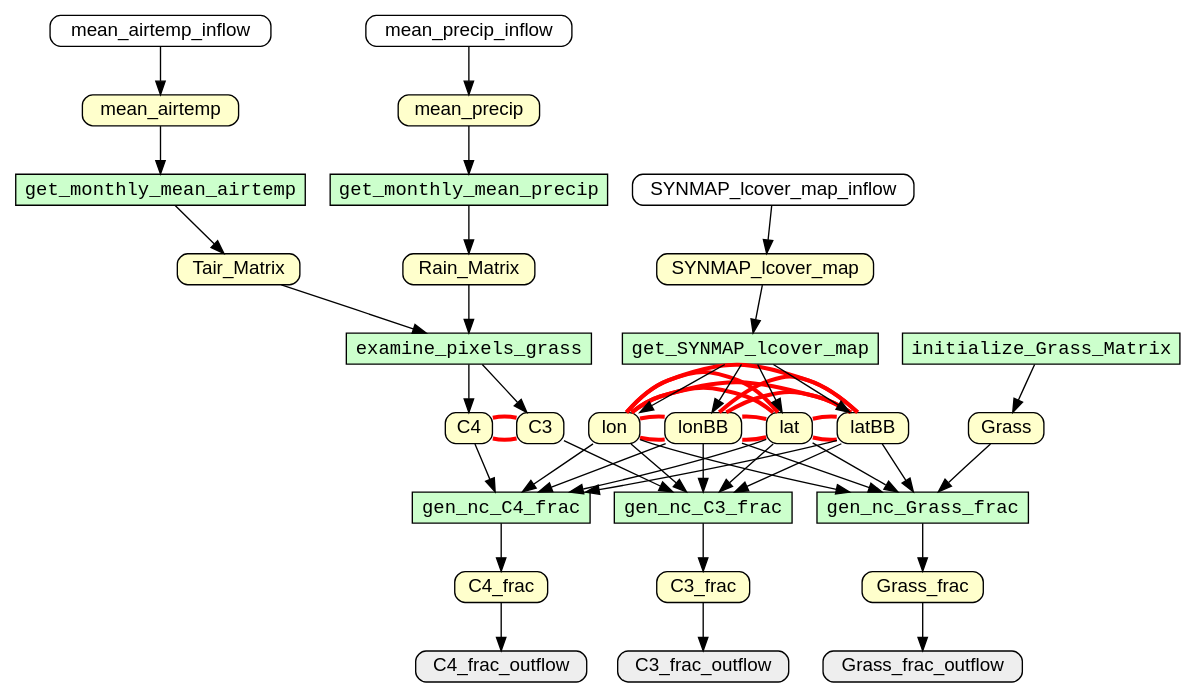
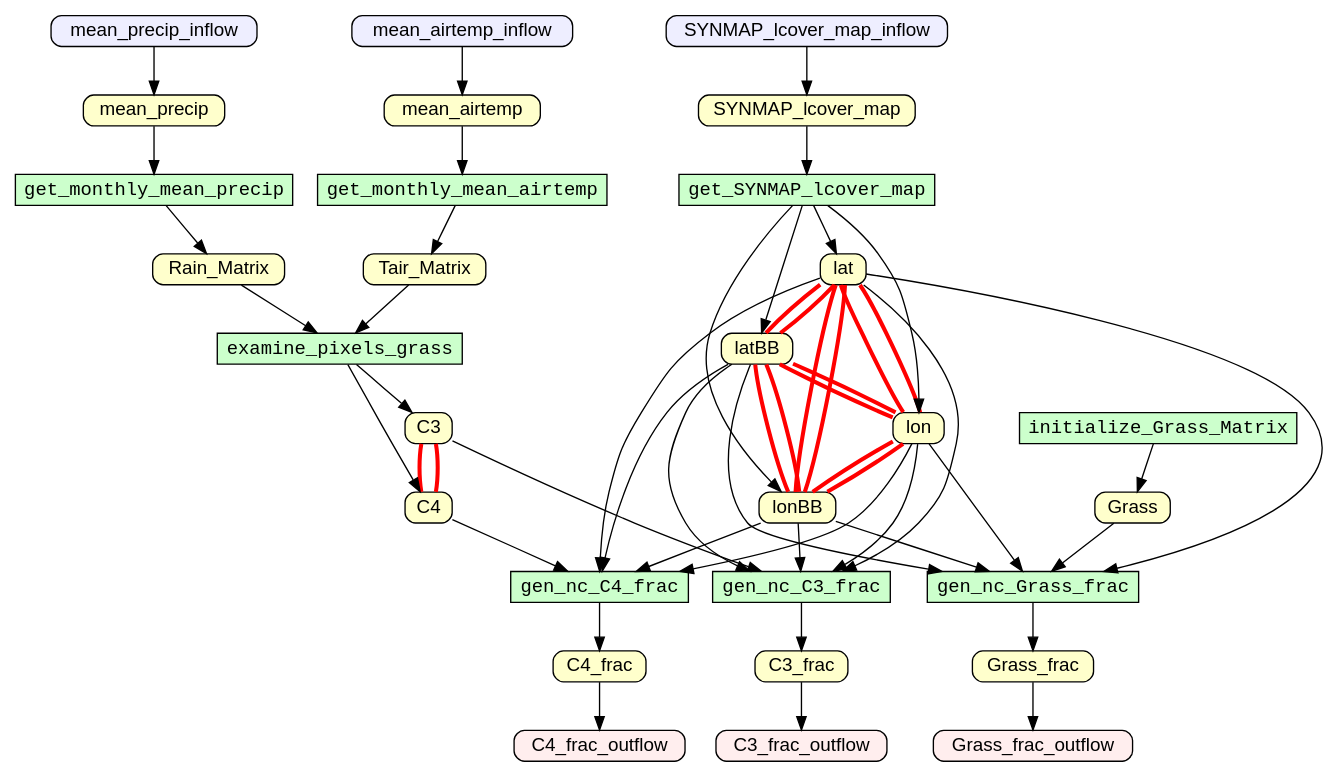
The diagram in toy-examples/examples/c3c4/g.gv (yesworkflow-org/yw-tapp-17-assert), drawn with Graphviz before and after one commit. The commit also changed 10 other files, not shown here.

```diff
--- a/toy-examples/examples/c3c4/g.gv
+++ b/toy-examples/examples/c3c4/g.gv
@@ -1,87 +1,87 @@
 digraph {
 rankdir=TB
 node [shape=box,fontname=Helvetica,fontsize=14,height=0,width=0]
 edge [fontname=Helvetica,fontsize=12]
 "C3"[style="filled,rounded" fillcolor="#FFFFCC",label="C3"]
 "C3_frac"[style="filled,rounded" fillcolor="#FFFFCC",label="C3_frac"]
 "C4"[style="filled,rounded" fillcolor="#FFFFCC",label="C4"]
 "C4_frac"[style="filled,rounded" fillcolor="#FFFFCC",label="C4_frac"]
 "Grass"[style="filled,rounded" fillcolor="#FFFFCC",label="Grass"]
 "Grass_frac"[style="filled,rounded" fillcolor="#FFFFCC",label="Grass_frac"]
 "Rain_Matrix"[style="filled,rounded" fillcolor="#FFFFCC",label="Rain_Matrix"]
 "SYNMAP_lcover_map"[style="filled,rounded" fillcolor="#FFFFCC",label="SYNMAP_lcover_map"]
 "Tair_Matrix"[style="filled,rounded" fillcolor="#FFFFCC",label="Tair_Matrix"]
 "lat"[style="filled,rounded" fillcolor="#FFFFCC",label="lat"]
 "latBB"[style="filled,rounded" fillcolor="#FFFFCC",label="latBB"]
 "lon"[style="filled,rounded" fillcolor="#FFFFCC",label="lon"]
 "lonBB"[style="filled,rounded" fillcolor="#FFFFCC",label="lonBB"]
 "mean_airtemp"[style="filled,rounded" fillcolor="#FFFFCC",label="mean_airtemp"]
 "mean_precip"[style="filled,rounded" fillcolor="#FFFFCC",label="mean_precip"]
-"C3_frac_outflow"[style="filled,rounded" fillcolor="#EEEEEE",label="C3_frac_outflow"]
-"C4_frac_outflow"[style="filled,rounded" fillcolor="#EEEEEE",label="C4_frac_outflow"]
-"Grass_frac_outflow"[style="filled,rounded" fillcolor="#EEEEEE",label="Grass_frac_outflow"]
-"SYNMAP_lcover_map_inflow"[style="filled,rounded" fillcolor="#FFFFFF",label="SYNMAP_lcover_map_inflow"]
-"initialize_Grass_Matrix"[style="filled,rounded" fillcolor="#FFFFFF",label="initialize_Grass_Matrix"]
-"mean_airtemp_inflow"[style="filled,rounded" fillcolor="#FFFFFF",label="mean_airtemp_inflow"]
-"mean_precip_inflow"[style="filled,rounded" fillcolor="#FFFFFF",label="mean_precip_inflow"]
+"C3_frac_outflow"[style="filled,rounded" fillcolor="#FFEEEE",label="C3_frac_outflow"]
+"C4_frac_outflow"[style="filled,rounded" fillcolor="#FFEEEE",label="C4_frac_outflow"]
+"Grass_frac_outflow"[style="filled,rounded" fillcolor="#FFEEEE",label="Grass_frac_outflow"]
+"SYNMAP_lcover_map_inflow"[style="filled,rounded" fillcolor="#EEEEFF",label="SYNMAP_lcover_map_inflow"]
+"initialize_Grass_Matrix"[style="filled,rounded" fillcolor="#EEEEFF",label="initialize_Grass_Matrix"]
+"mean_airtemp_inflow"[style="filled,rounded" fillcolor="#EEEEFF",label="mean_airtemp_inflow"]
+"mean_precip_inflow"[style="filled,rounded" fillcolor="#EEEEFF",label="mean_precip_inflow"]
 "examine_pixels_grass"[style="filled" fontname=Courier fillcolor="#CCFFCC",label="examine_pixels_grass"]
 "gen_nc_C3_frac"[style="filled" fontname=Courier fillcolor="#CCFFCC",label="gen_nc_C3_frac"]
 "gen_nc_C4_frac"[style="filled" fontname=Courier fillcolor="#CCFFCC",label="gen_nc_C4_frac"]
 "gen_nc_Grass_frac"[style="filled" fontname=Courier fillcolor="#CCFFCC",label="gen_nc_Grass_frac"]
 "get_SYNMAP_lcover_map"[style="filled" fontname=Courier fillcolor="#CCFFCC",label="get_SYNMAP_lcover_map"]
 "get_monthly_mean_airtemp"[style="filled" fontname=Courier fillcolor="#CCFFCC",label="get_monthly_mean_airtemp"]
 "get_monthly_mean_precip"[style="filled" fontname=Courier fillcolor="#CCFFCC",label="get_monthly_mean_precip"]
 "initialize_Grass_Matrix"[style="filled" fontname=Courier fillcolor="#CCFFCC",label="initialize_Grass_Matrix"]
 C3 -> gen_nc_C3_frac [color="#000000"]
 C3_frac -> C3_frac_outflow [color="#000000"]
 C4 -> gen_nc_C4_frac [color="#000000"]
 C4_frac -> C4_frac_outflow [color="#000000"]
 Grass -> gen_nc_Grass_frac [color="#000000"]
 Grass_frac -> Grass_frac_outflow [color="#000000"]
 Rain_Matrix -> examine_pixels_grass [color="#000000"]
 SYNMAP_lcover_map -> get_SYNMAP_lcover_map [color="#000000"]
 SYNMAP_lcover_map_inflow -> SYNMAP_lcover_map [color="#000000"]
 Tair_Matrix -> examine_pixels_grass [color="#000000"]
 examine_pixels_grass -> C3 [color="#000000"]
 examine_pixels_grass -> C4 [color="#000000"]
 gen_nc_C3_frac -> C3_frac [color="#000000"]
 gen_nc_C4_frac -> C4_frac [color="#000000"]
 gen_nc_Grass_frac -> Grass_frac [color="#000000"]
 get_SYNMAP_lcover_map -> lat [color="#000000"]
 get_SYNMAP_lcover_map -> latBB [color="#000000"]
 get_SYNMAP_lcover_map -> lon [color="#000000"]
 get_SYNMAP_lcover_map -> lonBB [color="#000000"]
 get_monthly_mean_airtemp -> Tair_Matrix [color="#000000"]
 get_monthly_mean_precip -> Rain_Matrix [color="#000000"]
 initialize_Grass_Matrix -> Grass [color="#000000"]
 lat -> gen_nc_C3_frac [color="#000000"]
 lat -> gen_nc_C4_frac [color="#000000"]
 lat -> gen_nc_Grass_frac [color="#000000"]
 latBB -> gen_nc_C3_frac [color="#000000"]
 latBB -> gen_nc_C4_frac [color="#000000"]
 latBB -> gen_nc_Grass_frac [color="#000000"]
 lon -> gen_nc_C3_frac [color="#000000"]
 lon -> gen_nc_C4_frac [color="#000000"]
 lon -> gen_nc_Grass_frac [color="#000000"]
 lonBB -> gen_nc_C3_frac [color="#000000"]
 lonBB -> gen_nc_C4_frac [color="#000000"]
 lonBB -> gen_nc_Grass_frac [color="#000000"]
 mean_airtemp -> get_monthly_mean_airtemp [color="#000000"]
 mean_airtemp_inflow -> mean_airtemp [color="#000000"]
 mean_precip -> get_monthly_mean_precip [color="#000000"]
 mean_precip_inflow -> mean_precip [color="#000000"]
-C3 -> C4 [constraint=false color="#FF0000" dir=none penwidth=3]
-C4 -> C3 [constraint=false color="#FF0000" dir=none penwidth=3]
-lat -> latBB [constraint=false color="#FF0000" dir=none penwidth=3]
-lat -> lon [constraint=false color="#FF0000" dir=none penwidth=3]
-lat -> lonBB [constraint=false color="#FF0000" dir=none penwidth=3]
-latBB -> lat [constraint=false color="#FF0000" dir=none penwidth=3]
-latBB -> lon [constraint=false color="#FF0000" dir=none penwidth=3]
-latBB -> lonBB [constraint=false color="#FF0000" dir=none penwidth=3]
-lon -> lat [constraint=false color="#FF0000" dir=none penwidth=3]
-lon -> latBB [constraint=false color="#FF0000" dir=none penwidth=3]
-lon -> lonBB [constraint=false color="#FF0000" dir=none penwidth=3]
-lonBB -> lat [constraint=false color="#FF0000" dir=none penwidth=3]
-lonBB -> latBB [constraint=false color="#FF0000" dir=none penwidth=3]
-lonBB -> lon [constraint=false color="#FF0000" dir=none penwidth=3]
+C3 -> C4 [constraint=true color="#FF0000" dir=none penwidth=3]
+C4 -> C3 [constraint=true color="#FF0000" dir=none penwidth=3]
+lat -> latBB [constraint=true color="#FF0000" dir=none penwidth=3]
+lat -> lon [constraint=true color="#FF0000" dir=none penwidth=3]
+lat -> lonBB [constraint=true color="#FF0000" dir=none penwidth=3]
+latBB -> lat [constraint=true color="#FF0000" dir=none penwidth=3]
+latBB -> lon [constraint=true color="#FF0000" dir=none penwidth=3]
+latBB -> lonBB [constraint=true color="#FF0000" dir=none penwidth=3]
+lon -> lat [constraint=true color="#FF0000" dir=none penwidth=3]
+lon -> latBB [constraint=true color="#FF0000" dir=none penwidth=3]
+lon -> lonBB [constraint=true color="#FF0000" dir=none penwidth=3]
+lonBB -> lat [constraint=true color="#FF0000" dir=none penwidth=3]
+lonBB -> latBB [constraint=true color="#FF0000" dir=none penwidth=3]
+lonBB -> lon [constraint=true color="#FF0000" dir=none penwidth=3]
 }
```
